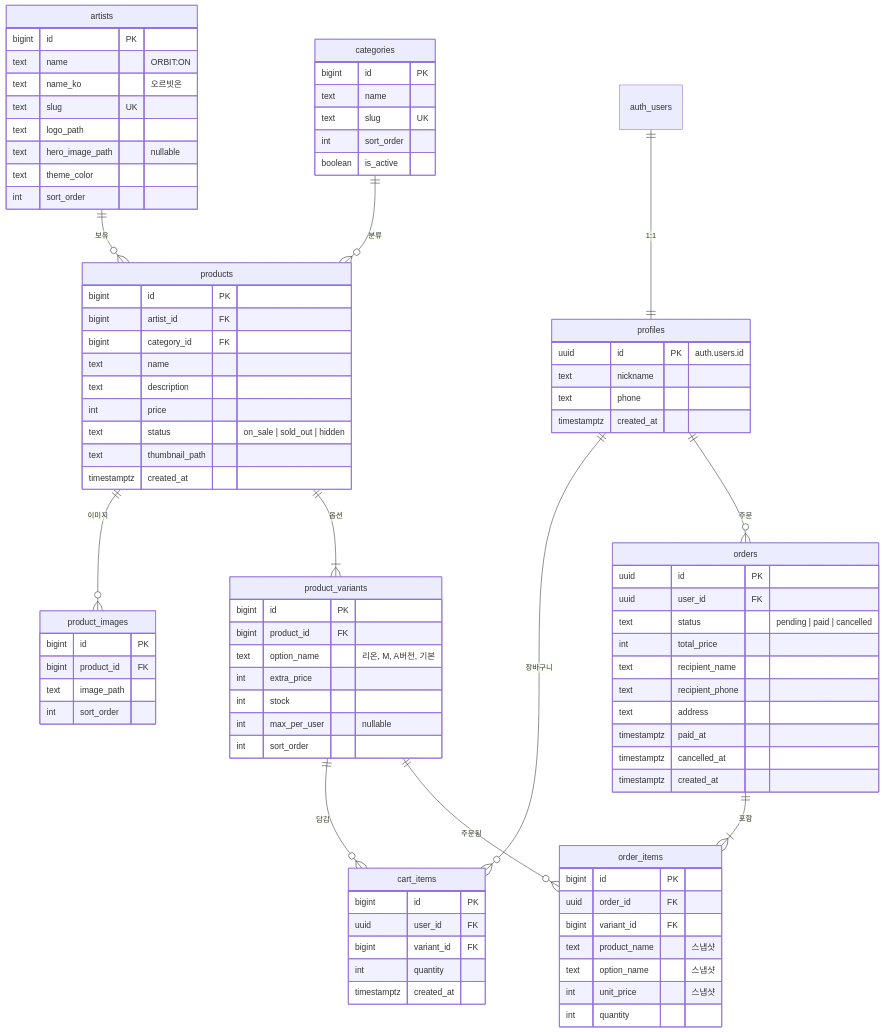
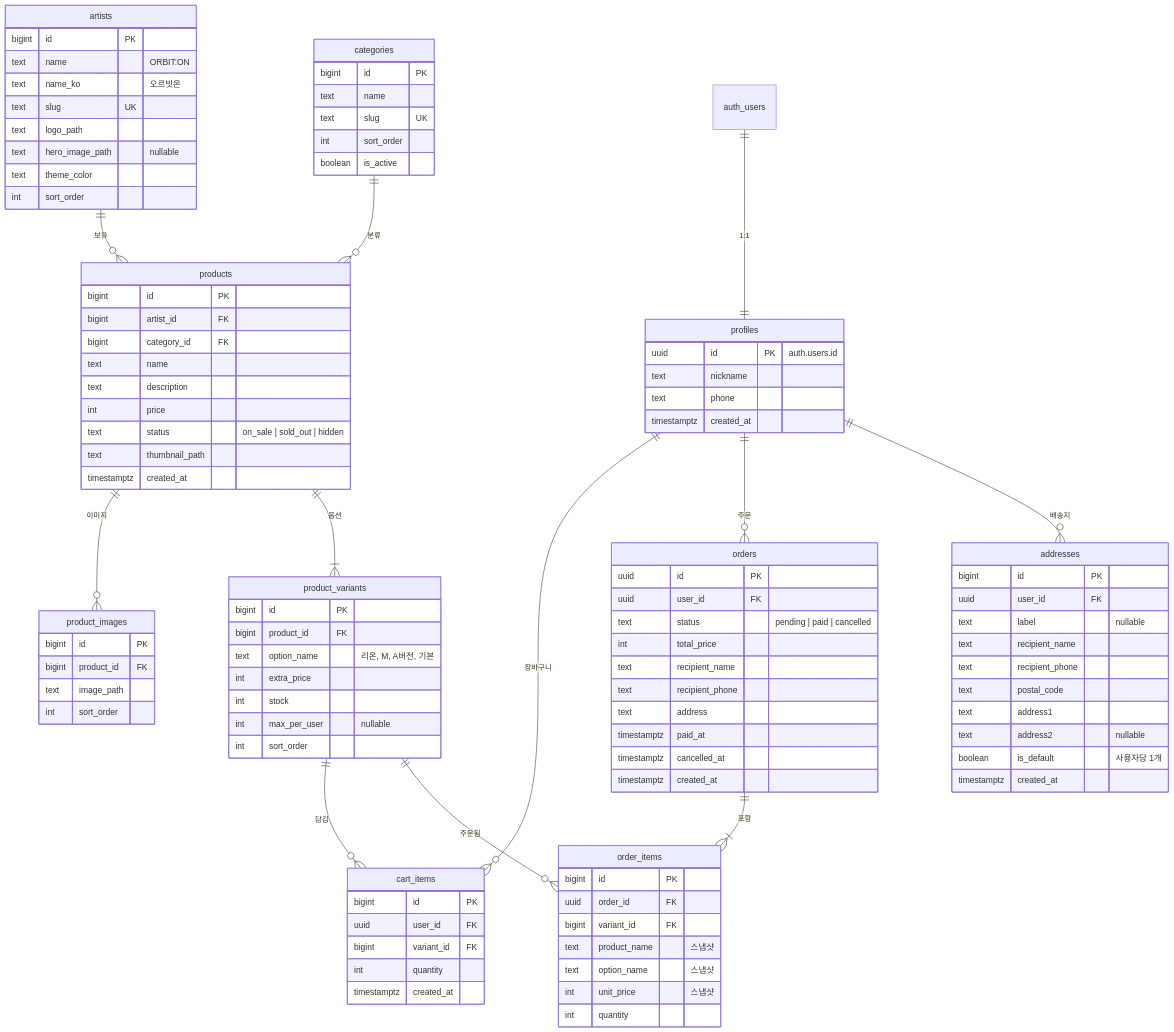
Before and after one commit to jin-park0115/KANT_MOA: the first of 3 diagrams in docs/DB_DESIGN.md, drawn with Mermaid. The commit also changed other lines of this file and 7 other files, not shown here.

````diff
--- a/docs/DB_DESIGN.md
+++ b/docs/DB_DESIGN.md
@@ -45,6 +45,7 @@
     profiles ||--o{ cart_items : "장바구니"
     product_variants ||--o{ cart_items : "담김"
     profiles ||--o{ orders : "주문"
+    profiles ||--o{ addresses : "배송지"
     orders ||--|{ order_items : "포함"
     product_variants ||--o{ order_items : "주문됨"
 
@@ -125,4 +126,16 @@
         int unit_price "스냅샷"
         int quantity
     }
+    addresses {
+        bigint id PK
+        uuid user_id FK
+        text label "nullable"
+        text recipient_name
+        text recipient_phone
+        text postal_code
+        text address1
+        text address2 "nullable"
+        boolean is_default "사용자당 1개"
+        timestamptz created_at
+    }
 ```
````
